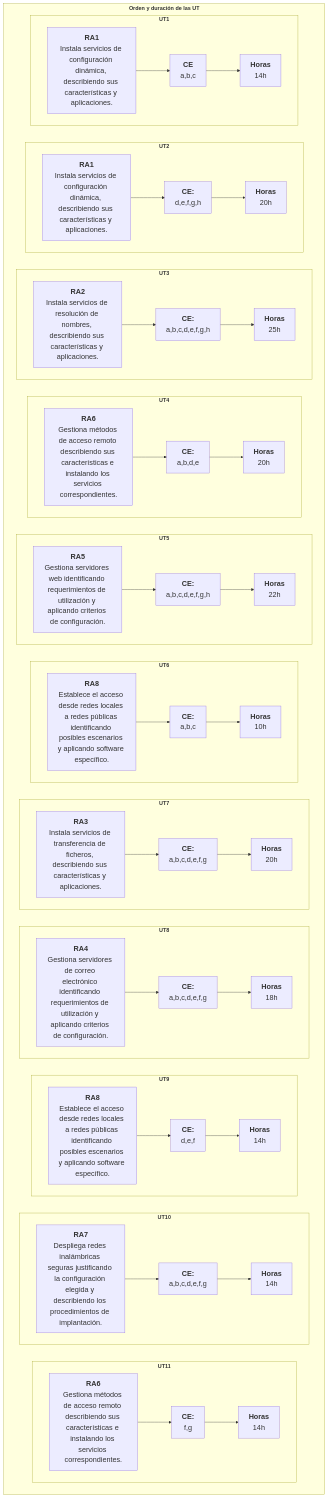
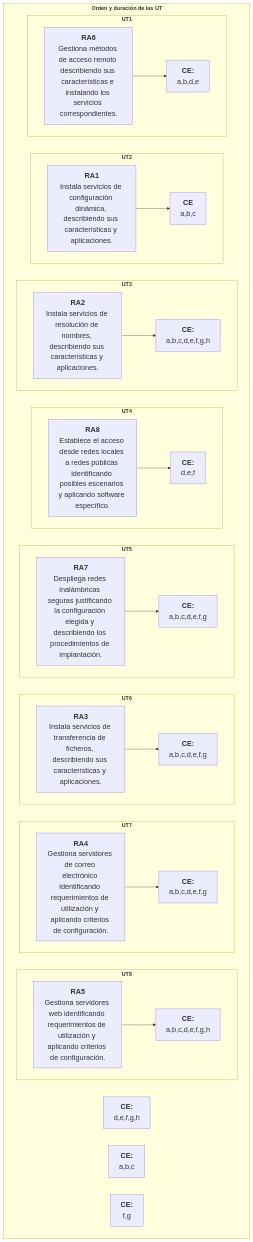
Before and after one commit to javieregeablasco/Apuntes: the diagram in docs/SMX/SMX_2/SX/apuntes/00_Temario.md, drawn with Mermaid. The commit also changed other lines of this file, not shown here.

Commit message:
Sep 7, 2026, 12:01 PM

```diff
--- a/docs/SMX/SMX_2/SX/apuntes/00_Temario.md
+++ b/docs/SMX/SMX_2/SX/apuntes/00_Temario.md
@@ -280,26 +280,20 @@
 flowchart TB 
   A["`**RA1**
   Instala servicios de configuración dinámica, describiendo sus características y aplicaciones.`"]
-  B["`**RA1**
-  Instala servicios de configuración dinámica, describiendo sus características y aplicaciones.`"]
   C["`**RA2**
   Instala servicios de resolución de nombres, describiendo sus características y aplicaciones.`"]
-  D["`**RA6**
-  Gestiona métodos de acceso remoto describiendo sus características e instalando los servicios correspondientes.`"]
-  E["`**RA5**
-  Gestiona servidores web identificando requerimientos de utilización y aplicando criterios de configuración.`"]
-  F["`**RA8**
-  Establece el acceso desde redes locales a redes públicas identificando posibles escenarios y aplicando software específico.`"]
   G["`**RA3**
   Instala servicios de transferencia de ficheros, describiendo sus características y aplicaciones.`"]
   H["`**RA4**
   Gestiona servidores de correo electrónico identificando requerimientos de utilización y aplicando criterios de configuración.`"]
+  E["`**RA5**
+  Gestiona servidores web identificando requerimientos de utilización y aplicando criterios de configuración.`"]
+  D["`**RA6**
+  Gestiona métodos de acceso remoto describiendo sus características e instalando los servicios correspondientes.`"]
+  J["`**RA7**
+  Despliega redes inalámbricas seguras justificando la configuración elegida y describiendo los procedimientos de implantación.`"]
   I["`**RA8**
   Establece el acceso desde redes locales a redes públicas identificando posibles escenarios y aplicando software específico.`"]
-  J["`**RA7**
-  Despliega redes inalámbricas seguras justificando la configuración elegida y describiendo los procedimientos de implantación.`"]
-  K["`**RA6**
-  Gestiona métodos de acceso remoto describiendo sus características e instalando los servicios correspondientes.`"]
 
   classDef texto font-size:1.1em;
   classDef principal font-size:1.4em;
@@ -307,28 +301,6 @@
   class A,B,C,D,E,F,G,H,I,J,K texto;
 
   subgraph "`**Orden y duración de las UT**`"
-    AA["`**Horas**
-    14h`"]
-    BB["`**Horas**
-    20h`"]
-    CC["`**Horas**
-    25h`"]
-    DD["`**Horas**
-    20h`"]
-    EE["`**Horas**
-    22h`"]
-    FF["`**Horas**
-    10h`"]
-    GG["`**Horas**
-    20h`"]
-    HH["`**Horas**
-    18h`"]
-    II["`**Horas**
-    14h`"]
-    JJ["`**Horas**
-    14h`"]
-    KK["`**Horas**
-    14h`"]
 
     AAA["`**CE**
     a,b,c`"]
@@ -353,59 +325,44 @@
     KKK["`**CE:**
     f,g`"]
 
-    subgraph "`**UT11**`"
-      direction LR
-      K --> KKK --> KK
-    end
-    
-    subgraph "`**UT10**`"   
-      direction LR
-      J --> JJJ --> JJ
-    end
-
-    subgraph "`**UT9**`"
-      direction LR
-      I --> III --> II
-    end
-
     subgraph "`**UT8**`"
       direction LR
-      H --> HHH --> HH
+      E --> EEE 
     end
 
     subgraph "`**UT7**`"  
       direction LR
-      G --> GGG --> GG
+      H --> HHH 
     end
 
     subgraph "`**UT6**`" 
       direction LR
-      F --> FFF --> FF
+      G --> GGG 
     end
 
     subgraph "`**UT5**`" 
       direction LR
-      E --> EEE --> EE
+      J --> JJJ 
     end
 
     subgraph "`**UT4**`" 
       direction LR
-      D --> DDD --> DD
-    end
+      I --> III 
+    end 
   
     subgraph "`**UT3**`" 
       direction LR
-      C --> CCC --> CC
+      C --> CCC 
     end
     
     subgraph "`**UT2**`" 
       direction LR
-      B --> BBB --> BB
+      A --> AAA 
     end
 
     subgraph "`**UT1**`"
       direction LR
-      A --> AAA --> AA
+      D --> DDD 
     end
   
 
```
